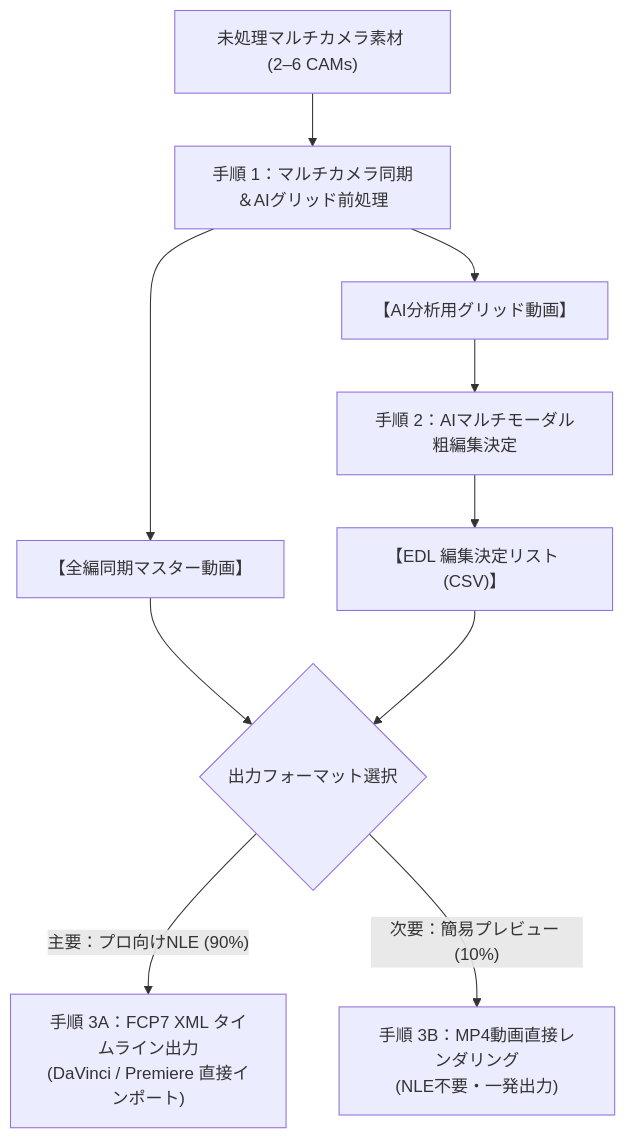
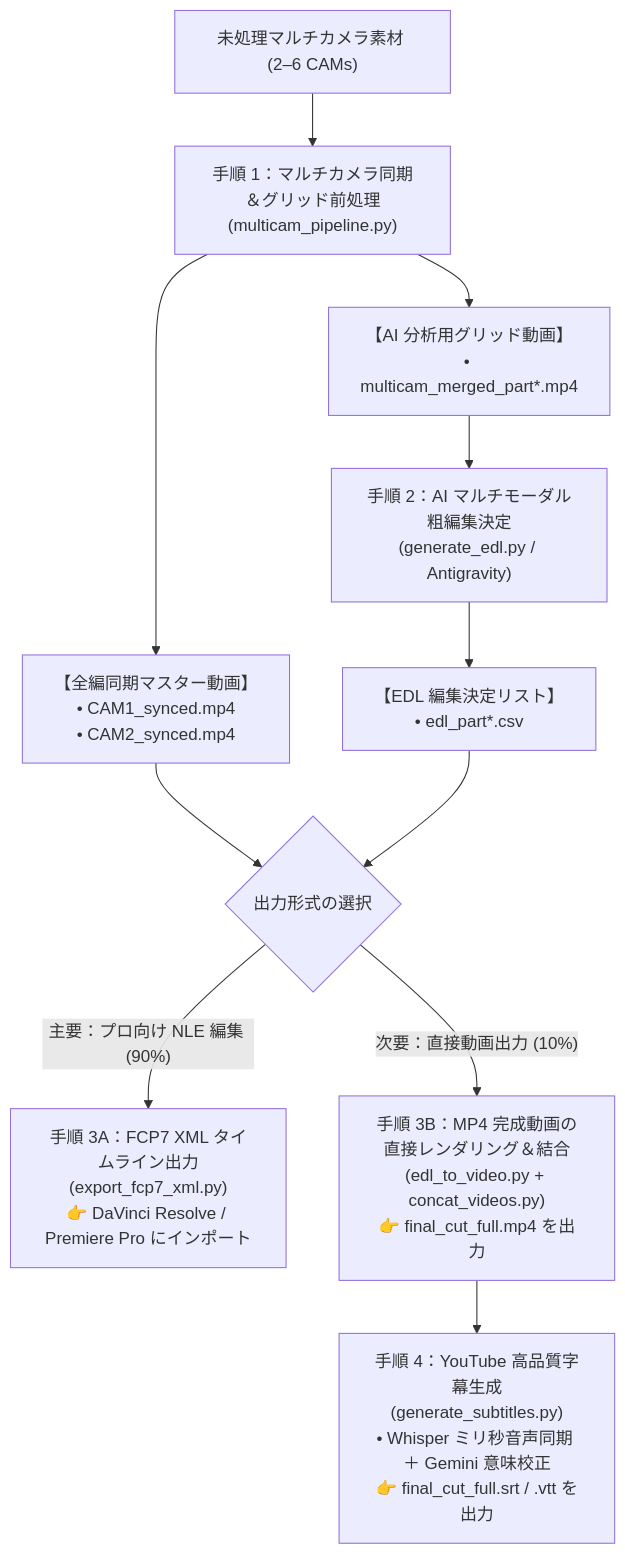
The diagram in README.ja.md (sylphlin/multicam-video-preprocessing), drawn with Mermaid before and after one commit. The commit also changed 4 other files, not shown here.

Commit message:
docs: synchronize Mermaid workflow diagrams across all 5 language READMEs to include Step 4 Subtitles

````diff
--- a/README.ja.md
+++ b/README.ja.md
@@ -47,16 +47,18 @@
 ```mermaid
 flowchart TD
-    A["未処理マルチカメラ素材 (2–6 CAMs)"] --> B["手順 1：マルチカメラ同期＆AIグリッド前処理"]
+    A["未処理マルチカメラ素材 (2–6 CAMs)"] --> B["手順 1：マルチカメラ同期＆グリッド前処理<br/>(multicam_pipeline.py)"]
     
-    B --> C["【全編同期マスター動画】"]
-    B --> D["【AI分析用グリッド動画】"]
+    B --> C["【全編同期マスター動画】<br/>• CAM1_synced.mp4<br/>• CAM2_synced.mp4"]
+    B --> D["【AI 分析用グリッド動画】<br/>• multicam_merged_part*.mp4"]
     
-    D --> E["手順 2：AIマルチモーダル粗編集決定"]
-    E --> F["【EDL 編集決定リスト (CSV)】"]
+    D --> E["手順 2：AI マルチモーダル粗編集決定<br/>(generate_edl.py / Antigravity)"]
+    E --> F["【EDL 編集決定リスト】<br/>• edl_part*.csv"]
     
-    C --> G{"出力フォーマット選択"}
+    C --> G{"出力形式の選択"}
     F --> G
     
-    G -->|"主要：プロ向けNLE (90%)"| H["手順 3A：FCP7 XML タイムライン出力<br/>(DaVinci / Premiere 直接インポート)"]
-    G -->|"次要：簡易プレビュー (10%)"| I["手順 3B：MP4動画直接レンダリング<br/>(NLE不要・一発出力)"]
+    G -->|"主要：プロ向け NLE 編集 (90%)"| H["手順 3A：FCP7 XML タイムライン出力<br/>(export_fcp7_xml.py)<br/>👉 DaVinci Resolve / Premiere Pro にインポート"]
+    G -->|"次要：直接動画出力 (10%)"| I["手順 3B：MP4 完成動画の直接レンダリング＆結合<br/>(edl_to_video.py + concat_videos.py)<br/>👉 final_cut_full.mp4 を出力"]
+    
+    I --> J["手順 4：YouTube 高品質字幕生成<br/>(generate_subtitles.py)<br/>• Whisper ミリ秒音声同期 ＋ Gemini 意味校正<br/>👉 final_cut_full.srt / .vtt を出力"]
 ```
````
